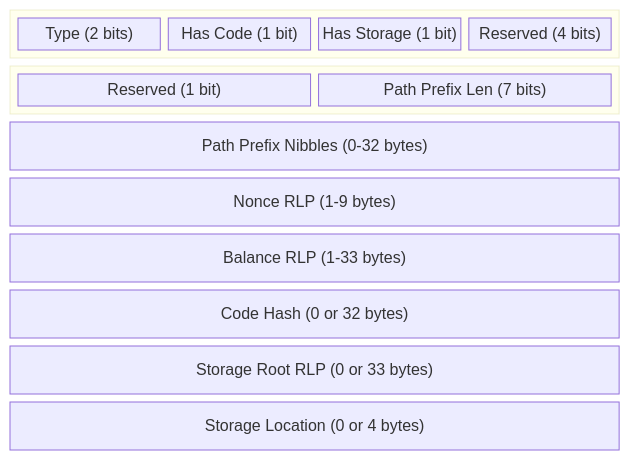
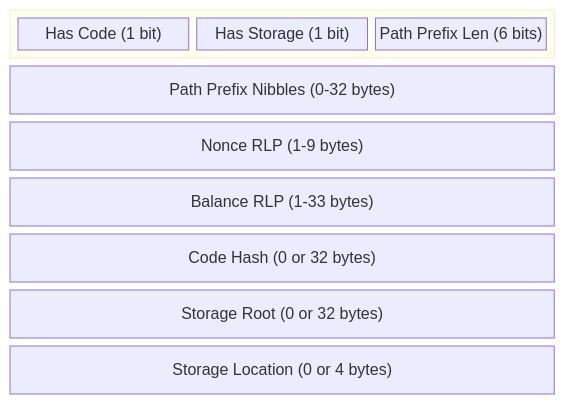
The sixth of 8 diagrams in README.md (base/triedb), drawn with Mermaid before and after one commit. The commit also changed other lines of this file, not shown here.

````diff
--- a/README.md
+++ b/README.md
@@ -200,17 +201,13 @@
 ```mermaid
 block-beta
   columns 1
   block:flags:1
-    Type["Type (2 bits)"] HasCode["Has Code (1 bit)"] HasStorage["Has Storage (1 bit)"] Reserved["Reserved (4 bits)"]
-  end
-  block:flags2:1
-    Reserved2["Reserved (1 bit)"]
-    PathLen["Path Prefix Len (7 bits)"]
+    HasCode["Has Code (1 bit)"] HasStorage["Has Storage (1 bit)"] PathLen["Path Prefix Len (6 bits)"]
   end
   PathNibbles["Path Prefix Nibbles (0-32 bytes)"]
   Nonce["Nonce RLP (1-9 bytes)"]
   Balance["Balance RLP (1-33 bytes)"]
   CodeHash["Code Hash (0 or 32 bytes)"]
-  StorageRoot["Storage Root RLP (0 or 33 bytes)"]
+  StorageRoot["Storage Root (0 or 32 bytes)"]
   StorageLocation["Storage Location (0 or 4 bytes)"]
 ```
````
